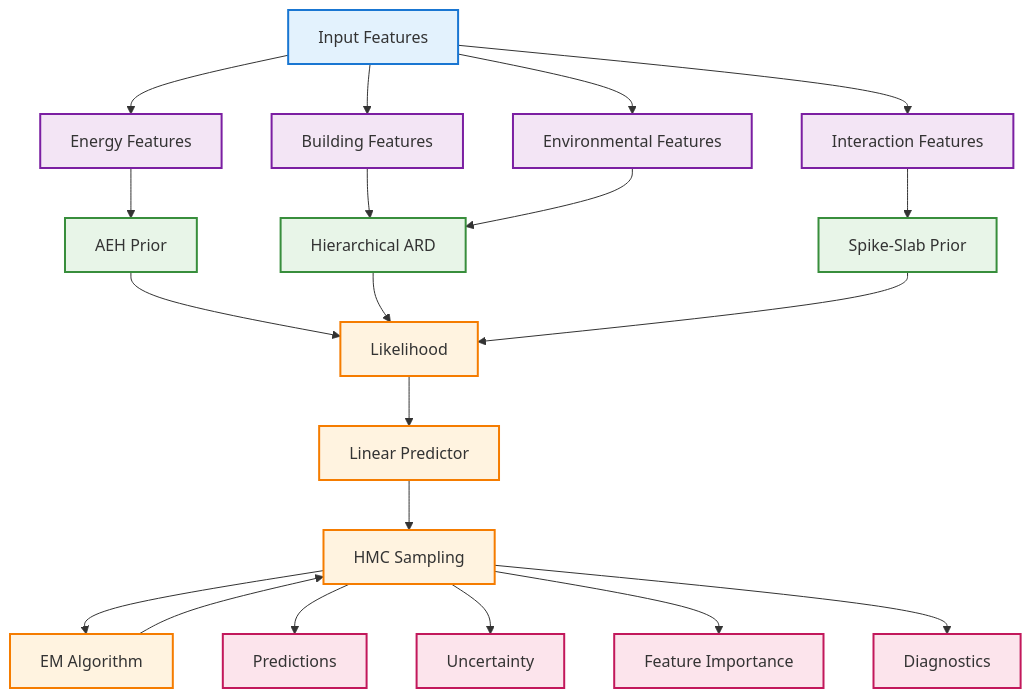
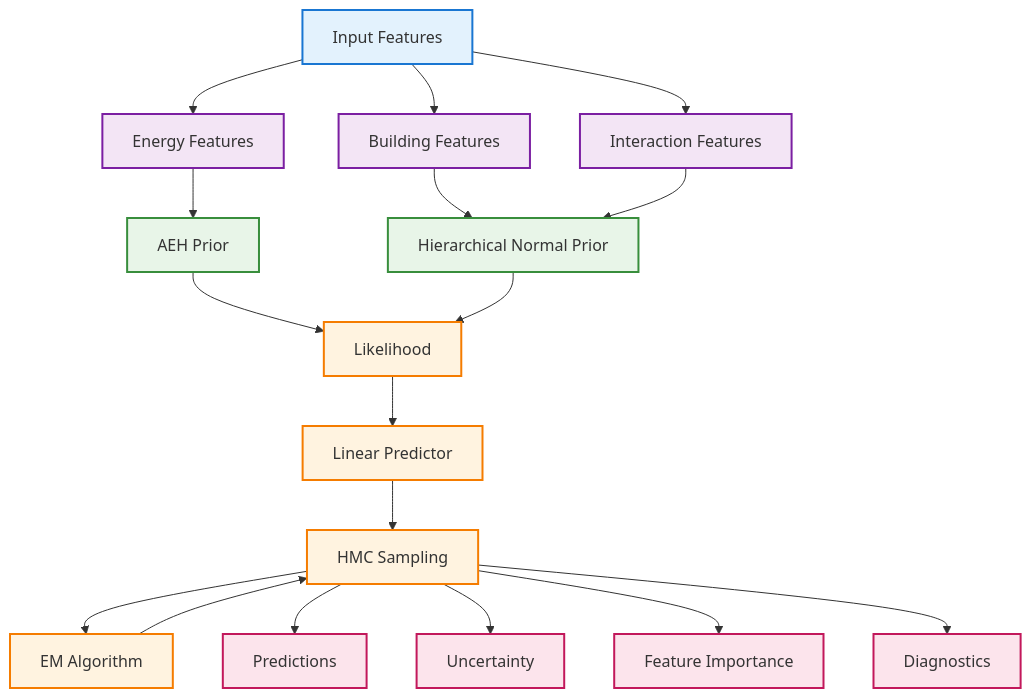
Before and after one commit to georgepaul171/Research-Project: the diagram in bpd/V3_clean/MODEL_ARCHITECTURE_DIAGRAM.md, drawn with Mermaid. The commit also changed other lines of this file and 15 other files, not shown here.

Commit message:
interaction features prior

````diff
--- a/bpd/V3_clean/MODEL_ARCHITECTURE_DIAGRAM.md
+++ b/bpd/V3_clean/MODEL_ARCHITECTURE_DIAGRAM.md
@@ -8,66 +8,61 @@
 ```mermaid
 graph TD
     %% Input Features
     X[Input Features]
     
     %% Feature Groups
     G1[Energy Features]
     G2[Building Features]
-    G3[Environmental Features]
-    G4[Interaction Features]
+    G3[Interaction Features]
     
     %% Prior Specifications
     P1[AEH Prior]
-    P2[Hierarchical ARD]
-    P3[Spike-Slab Prior]
+    P2[Hierarchical Normal Prior]
     
     %% Model Components
     M1[Likelihood]
     M2[Linear Predictor]
     M3[HMC Sampling]
     M4[EM Algorithm]
     
     %% Outputs
     O1[Predictions]
     O2[Uncertainty]
     O3[Feature Importance]
     O4[Diagnostics]
     
     %% Connections
     X --> G1
     X --> G2
     X --> G3
-    X --> G4
     
     G1 --> P1
     G2 --> P2
     G3 --> P2
-    G4 --> P3
     
     P1 --> M1
     P2 --> M1
-    P3 --> M1
     
     M1 --> M2
     M2 --> M3
     M3 --> M4
     M4 --> M3
     
     M3 --> O1
     M3 --> O2
     M3 --> O3
     M3 --> O4
     
     %% Styling
     classDef input fill:#e3f2fd,stroke:#1976d2,stroke-width:2px
     classDef group fill:#f3e5f5,stroke:#7b1fa2,stroke-width:2px
     classDef prior fill:#e8f5e8,stroke:#388e3c,stroke-width:2px
     classDef model fill:#fff3e0,stroke:#f57c00,stroke-width:2px
     classDef output fill:#fce4ec,stroke:#c2185b,stroke-width:2px
     
     class X input
-    class G1,G2,G3,G4 group
-    class P1,P2,P3 prior
+    class G1,G2,G3 group
+    class P1,P2 prior
     class M1,M2,M3,M4 model
     class O1,O2,O3,O4 output
 ```
````
